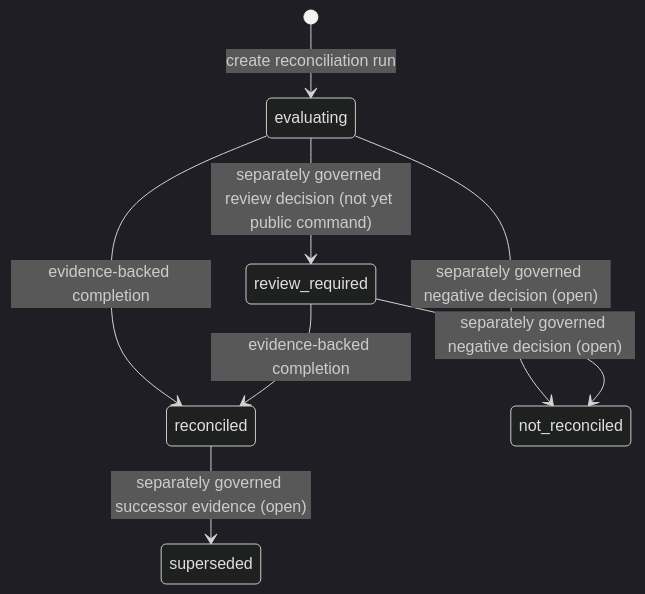
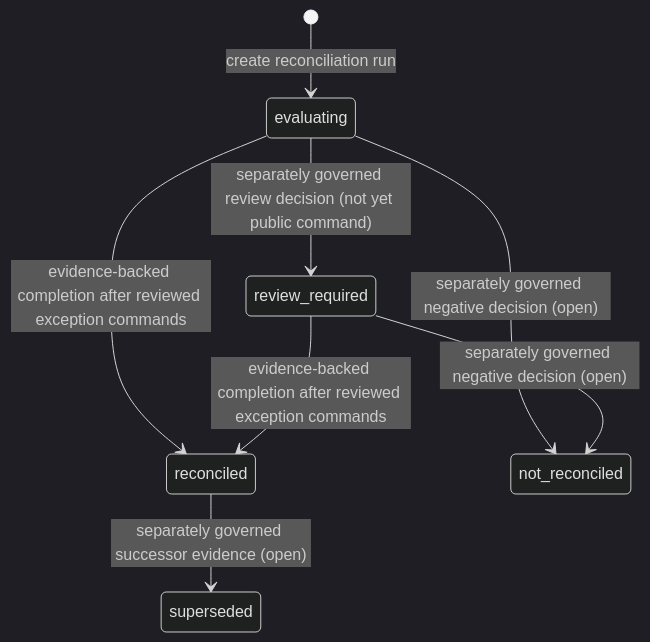
The third of 3 diagrams in docs/product-technical-gap-baseline.md (ContextualWisdomLab/accounting-information-platform), drawn with Mermaid (dark theme) before and after one commit. The commit also changed other lines of this file, not shown here.

Commit message:
docs: add exception-resolution commercialization baseline

````diff
--- a/docs/product-technical-gap-baseline.md
+++ b/docs/product-technical-gap-baseline.md
@@ -152,10 +158,10 @@
 ```mermaid
 stateDiagram-v2
   [*] --> evaluating: create reconciliation run
   evaluating --> review_required: separately governed review decision (not yet public command)
-  evaluating --> reconciled: evidence-backed completion
-  review_required --> reconciled: evidence-backed completion
+  evaluating --> reconciled: evidence-backed completion after reviewed exception commands
+  review_required --> reconciled: evidence-backed completion after reviewed exception commands
   evaluating --> not_reconciled: separately governed negative decision (open)
   review_required --> not_reconciled: separately governed negative decision (open)
   reconciled --> superseded: separately governed successor evidence (open)
 ```
````
